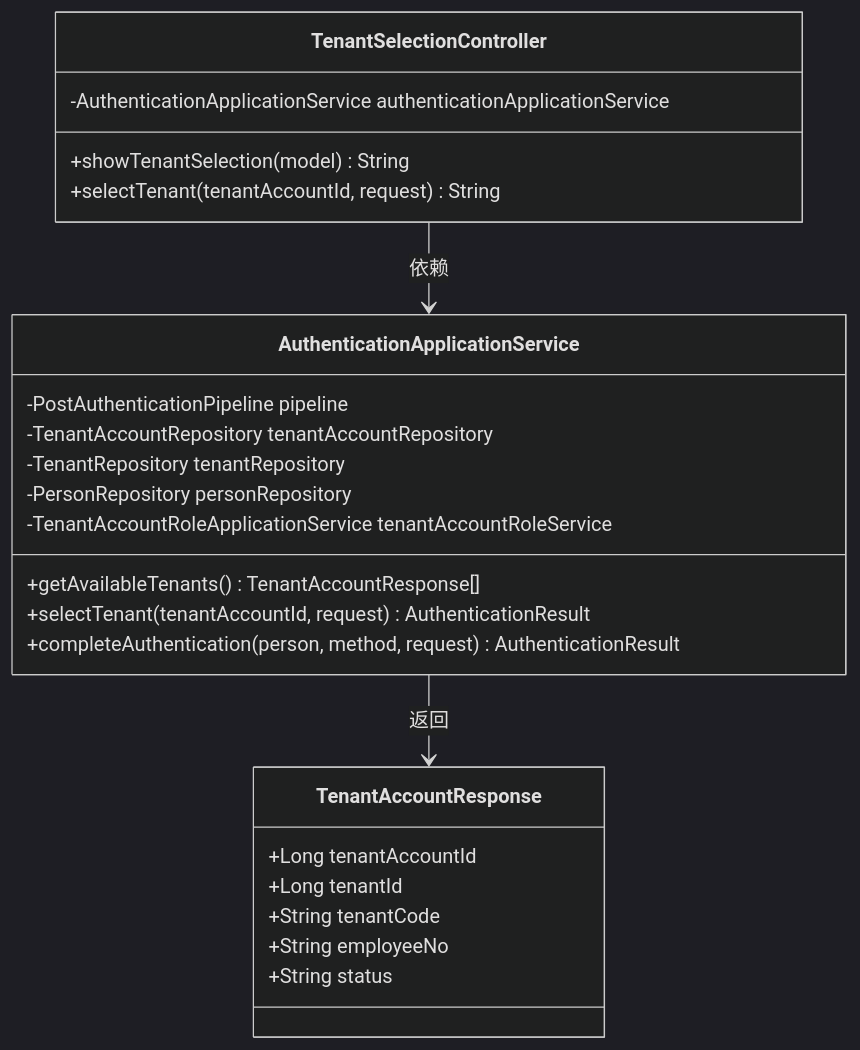
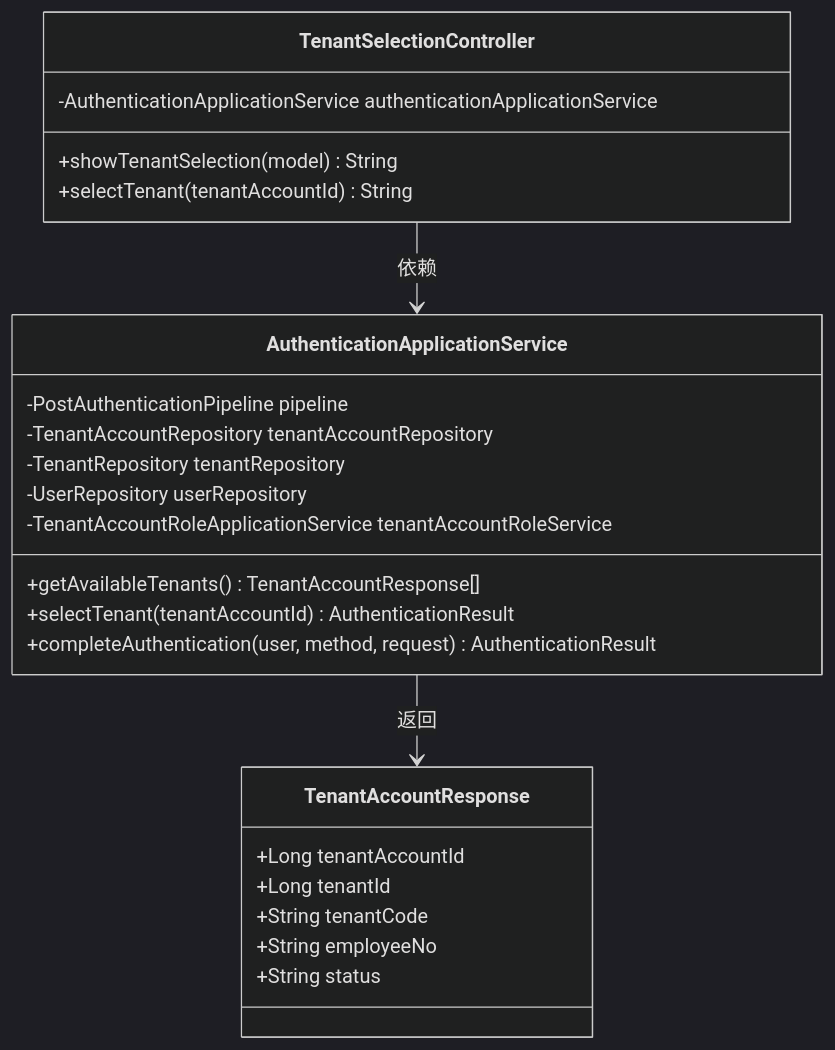
The third of 6 diagrams in .qoder/repowiki/zh/content/核心模块/认证服务器 (iam-auth-server)/Web控制器层/租户选择控制器.md (fq0121104930716/iam-platform), drawn with Mermaid (dark theme) before and after one commit. The commit also changed other lines of this file and 13 other files, not shown here.

````diff
--- a/.qoder/repowiki/zh/content/核心模块/认证服务器 (iam-auth-server)/Web控制器层/租户选择控制器.md
+++ b/.qoder/repowiki/zh/content/核心模块/认证服务器 (iam-auth-server)/Web控制器层/租户选择控制器.md
@@ -153,27 +162,27 @@
 ```mermaid
 classDiagram
 class TenantSelectionController {
 -AuthenticationApplicationService authenticationApplicationService
 +showTenantSelection(model) String
-+selectTenant(tenantAccountId, request) String
++selectTenant(tenantAccountId) String
 }
 class AuthenticationApplicationService {
 -PostAuthenticationPipeline pipeline
 -TenantAccountRepository tenantAccountRepository
 -TenantRepository tenantRepository
--PersonRepository personRepository
+-UserRepository userRepository
 -TenantAccountRoleApplicationService tenantAccountRoleService
 +getAvailableTenants() TenantAccountResponse[]
-+selectTenant(tenantAccountId, request) AuthenticationResult
-+completeAuthentication(person, method, request) AuthenticationResult
++selectTenant(tenantAccountId) AuthenticationResult
++completeAuthentication(user, method, request) AuthenticationResult
 }
 class TenantAccountResponse {
 +Long tenantAccountId
 +Long tenantId
 +String tenantCode
 +String employeeNo
 +String status
 }
 TenantSelectionController --> AuthenticationApplicationService : 依赖
 AuthenticationApplicationService --> TenantAccountResponse : 返回
 ```
````
